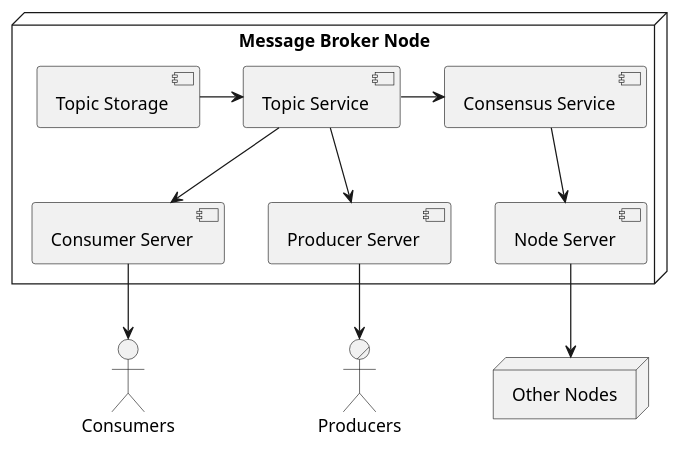
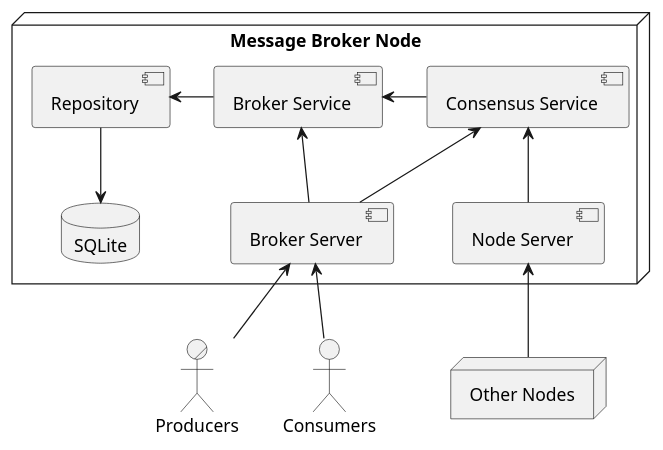
Before and after one commit to Marcel-MD/geo-distributed-message-broker: the diagram in diagrams/comp.puml, drawn with PlantUML. The commit also changed 5 other files, not shown here.

Commit message:
Update diagrams

```diff
--- a/diagrams/comp.puml
+++ b/diagrams/comp.puml
@@ -1,27 +1,30 @@
 @startuml
 
 node "Message Broker Node" {
-  component "Consensus Service" as CSS
-  component "Topic Service" as TS
-  component "Topic Storage" as TR
+  database "SQLite" as DB
+  component "Repository" as R
+  component "Consensus Service" as CS
+  component "Broker Service" as B
 
-  component "Consumer Server" as CS
-  component "Producer Server" as PS
+  component "Broker Server" as BS
   component "Node Server" as NS
 }
 
 actor/ "Producers" as P
 actor "Consumers" as C
 node "Other Nodes" as N
 
-TR -> TS
-TS -> CSS
-TS --> CS
-TS --> PS
-CSS --> NS
+R --> DB
+R <- B
+B <- CS
 
-CS --> C
-PS --> P
-NS --> N
+B <-- BS
+CS <-- BS
+BS <-- C
+BS <-- P
+
+CS <-- NS
+NS <-- N
+
 
 @enduml
```
